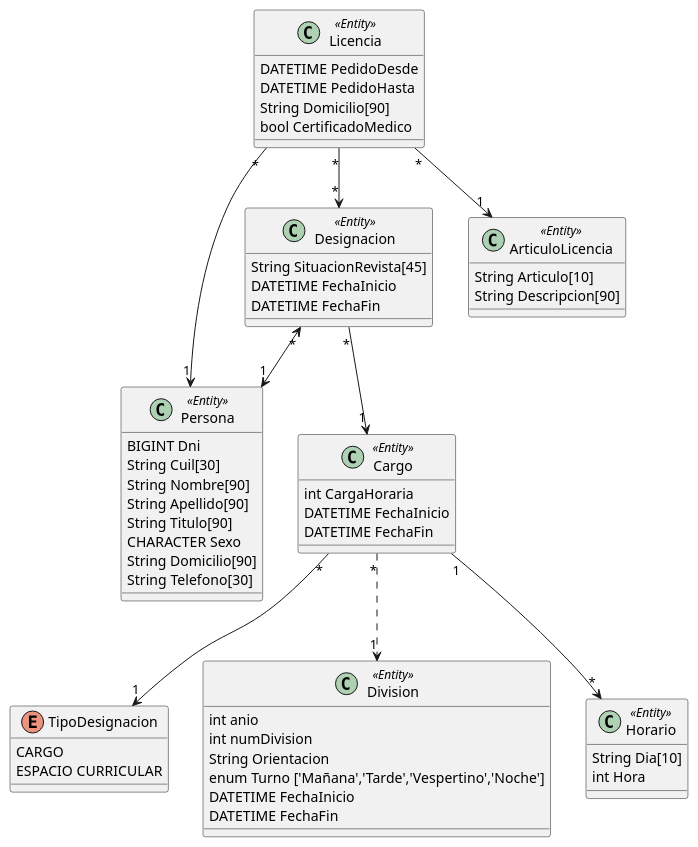
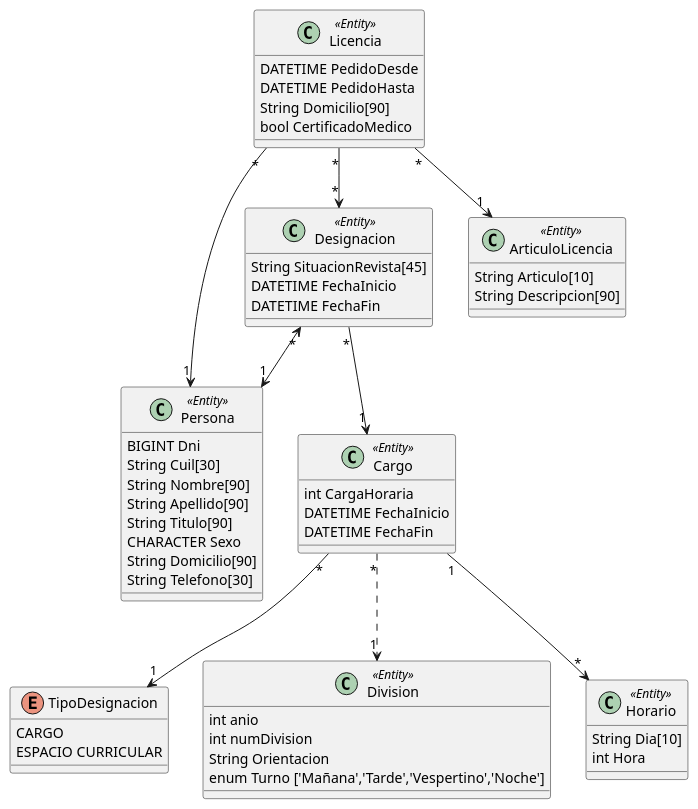
One commit to ivomariezcurrena/MagallanesApp changed the diagram in diagram.pu. Above: the diagram before and after it, drawn with PlantUML.

Commit message:
Replace diagram.pu

```diff
--- a/diagram.pu
+++ b/diagram.pu
@@ -1,68 +1,66 @@
 @startuml
 enum TipoDesignacion {
    CARGO
    ESPACIO CURRICULAR
 }
 
 class Division <<Entity>> {
   int anio
   int numDivision
   String Orientacion
   enum Turno ['Mañana','Tarde','Vespertino','Noche']
-  DATETIME FechaInicio
-  DATETIME FechaFin
 }
 
 class Cargo <<Entity>> {
   int CargaHoraria
   DATETIME FechaInicio
   DATETIME FechaFin
 }
 
 Cargo "*" --> "1" TipoDesignacion
 Cargo "*" ..> "1" Division
 
 class Persona <<Entity>> {
   BIGINT Dni
   String Cuil[30]
   String Nombre[90]
   String Apellido[90]
   String Titulo[90]
   CHARACTER Sexo
   String Domicilio[90]
   String Telefono[30]
 }
 
 class Designacion <<Entity>> {
   String SituacionRevista[45]
   DATETIME FechaInicio
   DATETIME FechaFin
 }
 
 Designacion "*" <--> "1" Persona
 Designacion "*" --> "1" Cargo
 
 class Horario <<Entity>> {
   String Dia[10]
   int Hora
 }
 
 Cargo "1" --> "*" Horario
 
 class ArticuloLicencia <<Entity>> {
   String Articulo[10]
   String Descripcion[90]
 }
 
 class Licencia <<Entity>> {
   DATETIME PedidoDesde
   DATETIME PedidoHasta
   String Domicilio[90]
   bool CertificadoMedico
 }
 
 Licencia "*" --> "1" Persona
 Licencia "*" --> "1" ArticuloLicencia
 Licencia "*" --> "*" Designacion
 
 @enduml
```
